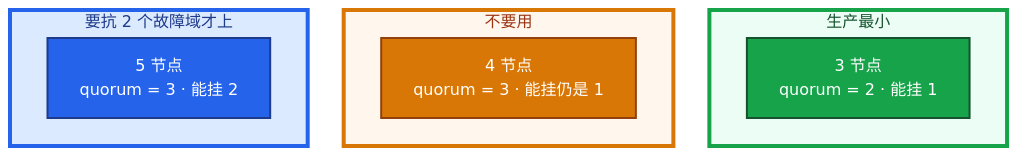
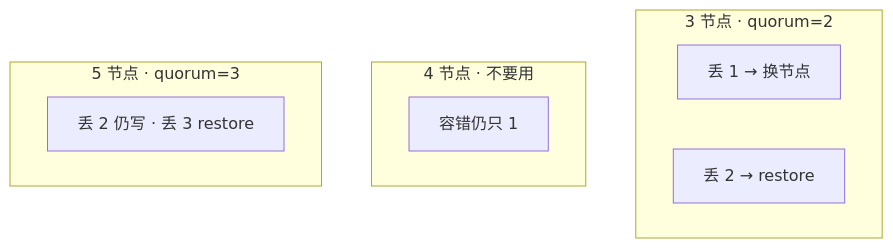
One commit to ml-cuizijun/LearnToLilith changed the fourth of 9 diagrams in 04-Kubernetes/02-etcd/知识点.md. Above: the diagram before and after it, drawn with Mermaid. The commit also changed other lines of this file and 107 other files, not shown here.

````diff
--- a/04-Kubernetes/02-etcd/知识点.md
+++ b/04-Kubernetes/02-etcd/知识点.md
@@ -199,24 +267,13 @@
 ```mermaid
-%%{init: {"flowchart": {"padding": 16, "nodeSpacing": 36}, "theme": "base"}}%%
 flowchart TB
-    subgraph three ["生产最小"]
-        t1["3 节点<br/>quorum = 2 · 能挂 1"]
+    subgraph three ["3 节点 · quorum=2"]
+        t1[丢 1 → 换节点]
+        t2[丢 2 → restore]
     end
-    subgraph four ["不要用"]
-        f1["4 节点<br/>quorum = 3 · 能挂仍是 1"]
+    subgraph four ["4 节点 · 不要用"]
+        f1[容错仍只 1]
     end
-    subgraph five ["要抗 2 个故障域才上"]
-        v1["5 节点<br/>quorum = 3 · 能挂 2"]
+    subgraph five ["5 节点 · quorum=3"]
+        v1[丢 2 仍写 · 丢 3 restore]
     end
-
-    classDef ok fill:#16A34A,stroke:#14532D,stroke-width:2px,color:#fff
-    classDef bad fill:#D97706,stroke:#92400E,stroke-width:2px,color:#fff
-    classDef fivec fill:#2563EB,stroke:#1E3A8A,stroke-width:2px,color:#fff
-    class t1 ok
-    class f1 bad
-    class v1 fivec
-
-    style three fill:#ECFDF5,stroke:#16A34A,stroke-width:4px,color:#14532D
-    style four fill:#FFF7ED,stroke:#D97706,stroke-width:4px,color:#9A3412
-    style five fill:#DBEAFE,stroke:#2563EB,stroke-width:4px,color:#1E3A8A
 ```
````
